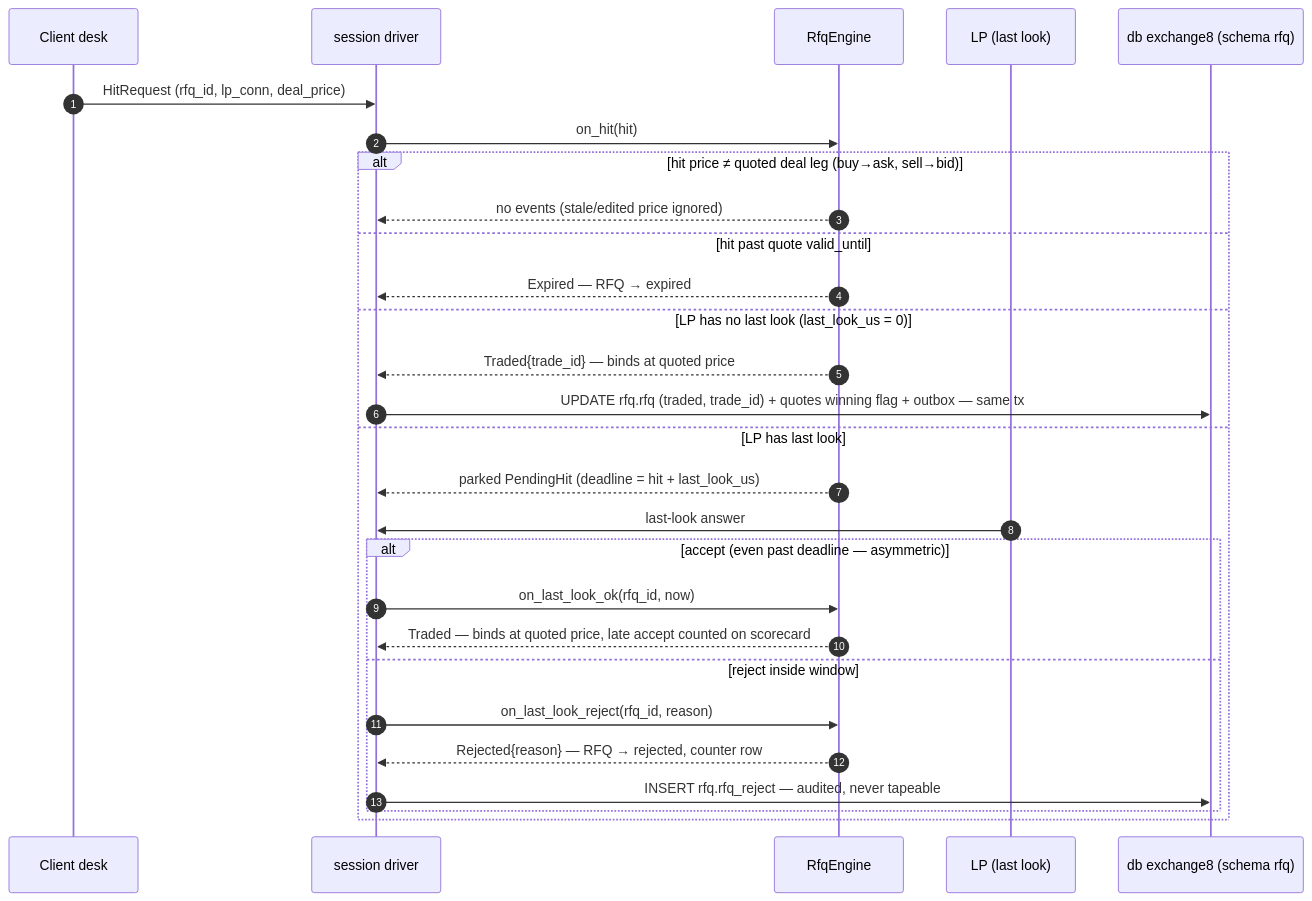
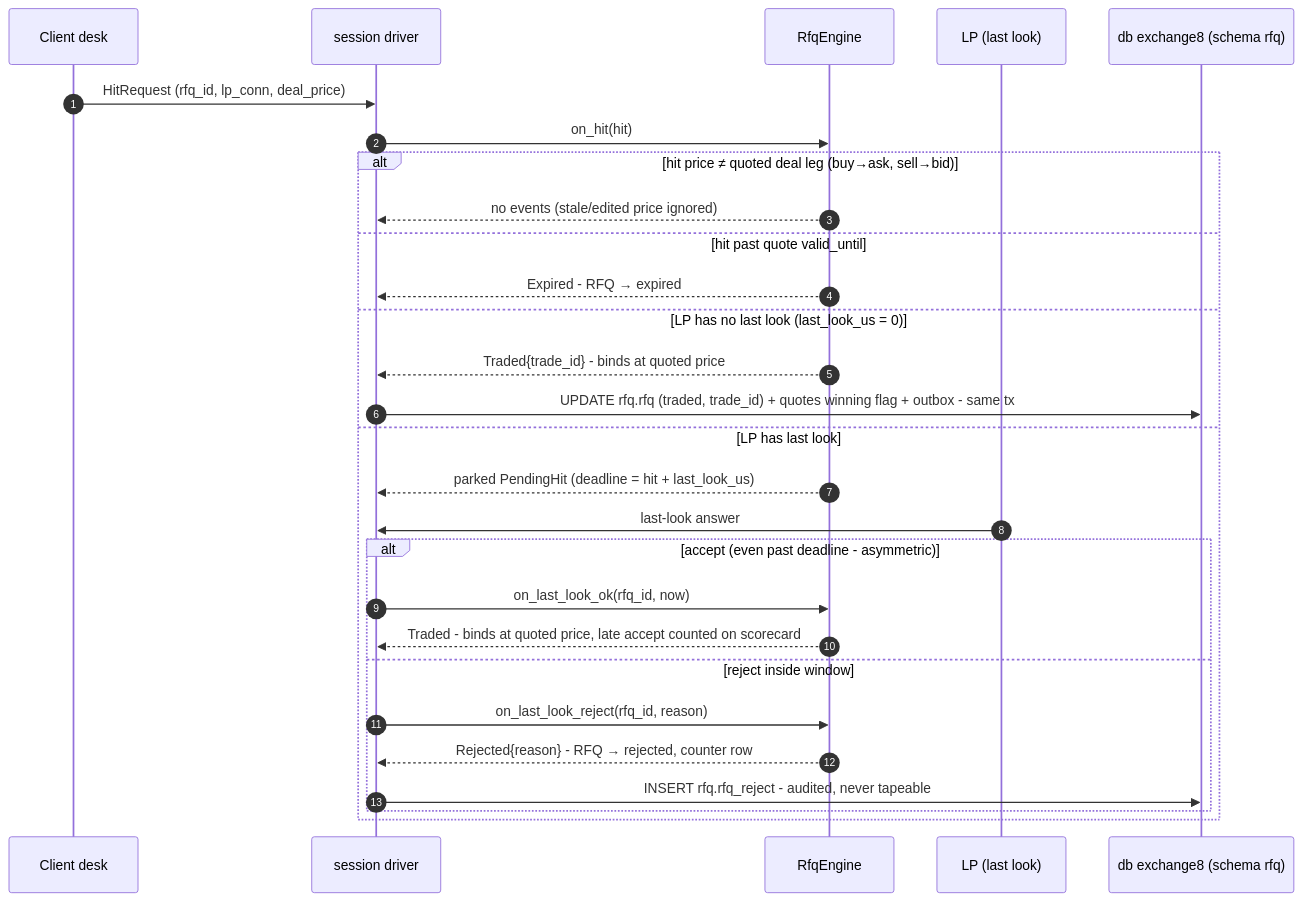
One commit to Exchange8-dev/exchange8-rfq changed the sixth of 16 diagrams in DESIGN.md. Above: the diagram before and after it, drawn with Mermaid. The commit also changed other lines of this file and 15 other files, not shown here.

````diff
--- a/DESIGN.md
+++ b/DESIGN.md
@@ -207,31 +207,31 @@
 ```mermaid
 sequenceDiagram
     autonumber
     participant C as Client desk
     participant S as session driver
     participant E as RfqEngine
     participant L as LP (last look)
     participant DB as db exchange8 (schema rfq)
 
     C->>S: HitRequest (rfq_id, lp_conn, deal_price)
     S->>E: on_hit(hit)
     alt hit price ≠ quoted deal leg (buy→ask, sell→bid)
         E-->>S: no events (stale/edited price ignored)
     else hit past quote valid_until
-        E-->>S: Expired — RFQ → expired
+        E-->>S: Expired - RFQ → expired
     else LP has no last look (last_look_us = 0)
-        E-->>S: Traded{trade_id} — binds at quoted price
-        S->>DB: UPDATE rfq.rfq (traded, trade_id) + quotes winning flag + outbox — same tx
+        E-->>S: Traded{trade_id} - binds at quoted price
+        S->>DB: UPDATE rfq.rfq (traded, trade_id) + quotes winning flag + outbox - same tx
     else LP has last look
         E-->>S: parked PendingHit (deadline = hit + last_look_us)
         L->>S: last-look answer
-        alt accept (even past deadline — asymmetric)
+        alt accept (even past deadline - asymmetric)
             S->>E: on_last_look_ok(rfq_id, now)
-            E-->>S: Traded — binds at quoted price, late accept counted on scorecard
+            E-->>S: Traded - binds at quoted price, late accept counted on scorecard
         else reject inside window
             S->>E: on_last_look_reject(rfq_id, reason)
-            E-->>S: Rejected{reason} — RFQ → rejected, counter row
-            S->>DB: INSERT rfq.rfq_reject — audited, never tapeable
+            E-->>S: Rejected{reason} - RFQ → rejected, counter row
+            S->>DB: INSERT rfq.rfq_reject - audited, never tapeable
         end
     end
 ```
````
